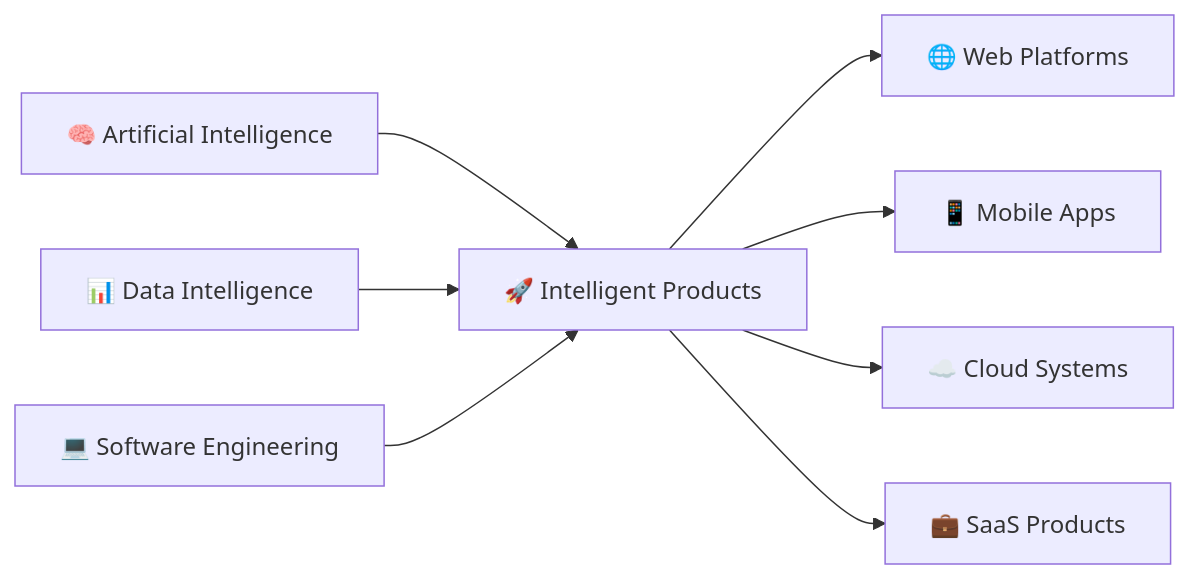
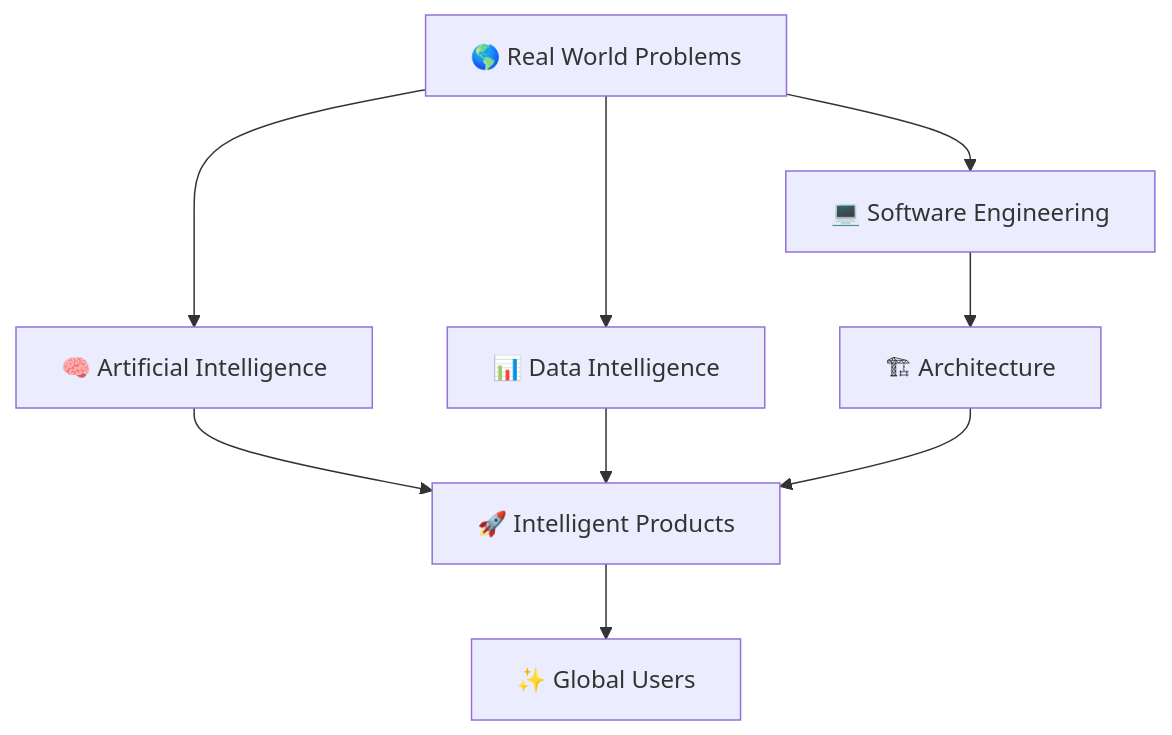
One commit to pmtking/pmtking changed the first of 2 diagrams in README.md. Above: the diagram before and after it, drawn with Mermaid. The commit also changed other lines of this file, not shown here.

````diff
--- a/README.md
+++ b/README.md
@@ -108,28 +129,42 @@
 ```mermaid
-flowchart LR
+flowchart TB
+
+
+INPUT[🌎 Real World Problems]
 
 
 AI[🧠 Artificial Intelligence]
 
+
 DATA[📊 Data Intelligence]
+
 
 CODE[💻 Software Engineering]
 
 
-AI --> PRODUCT[🚀 Intelligent Products]
+ARCH[🏗 Architecture]
+
+
+PRODUCT[🚀 Intelligent Products]
+
+
+INPUT --> AI
+
+INPUT --> DATA
+
+INPUT --> CODE
+
+
+AI --> PRODUCT
 
 DATA --> PRODUCT
 
-CODE --> PRODUCT
+CODE --> ARCH
+
+ARCH --> PRODUCT
 
 
-PRODUCT --> WEB[🌐 Web Platforms]
-
-PRODUCT --> MOBILE[📱 Mobile Apps]
-
-PRODUCT --> CLOUD[☁️ Cloud Systems]
-
-PRODUCT --> SAAS[💼 SaaS Products]
+PRODUCT --> USERS[✨ Global Users]
 
 
 ```
````
